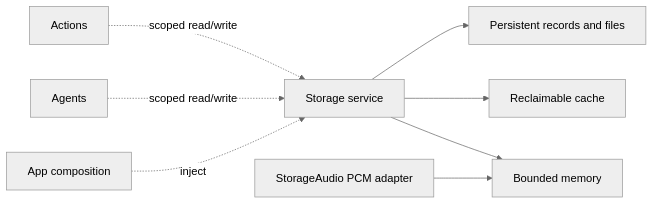
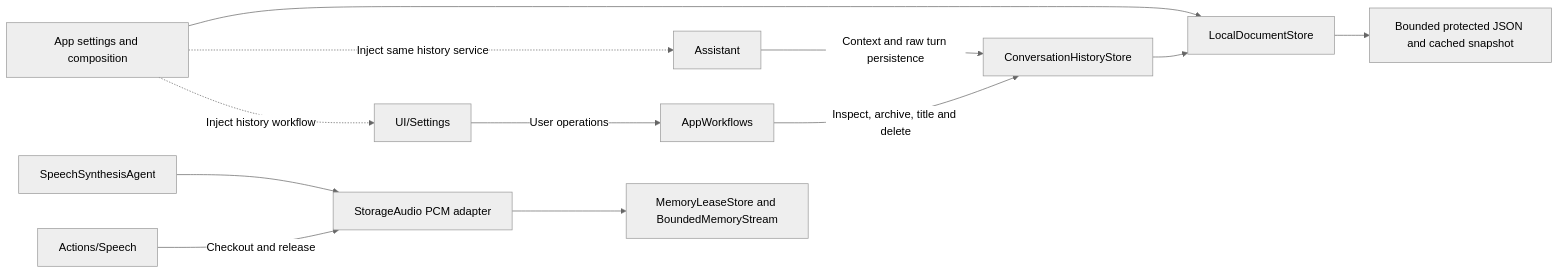
The first of 3 diagrams in MobileHarness/Storage/README.md (devilyouwei/MobileHarness), drawn with Mermaid (neutral theme) before and after one commit. The commit also changed other lines of this file and 131 other files, not shown here.

Commit message:
Define Action contracts and separate App UI composition

````diff
--- a/MobileHarness/Storage/README.md
+++ b/MobileHarness/Storage/README.md
@@ -13,10 +17,14 @@
 ```mermaid
 flowchart LR
-    App[App composition] -. inject .-> Storage[Storage service]
-    Agents[Agents] -. scoped read/write .-> Storage
-    Actions[Actions] -. scoped read/write .-> Storage
-    Storage --> Memory[Bounded memory]
-    Storage --> Cache[Reclaimable cache]
-    Storage --> Durable[Persistent records and files]
-    Audio[StorageAudio PCM adapter] --> Memory
+    App[App settings and composition] --> Documents[LocalDocumentStore]
+    App -.->|Inject same history service| Assistant[Assistant]
+    App -.->|Inject history workflow| Views[UI/Settings]
+    Views -->|User operations| Workflow[AppWorkflows]
+    Assistant -->|Context and raw turn persistence| History[ConversationHistoryStore]
+    Workflow -->|Inspect, archive, title and delete| History
+    History --> Documents
+    Documents --> Disk[Bounded protected JSON and cached snapshot]
+    Synth[SpeechSynthesisAgent] --> Audio[StorageAudio PCM adapter]
+    Playback[Actions/Speech] -->|Checkout and release| Audio
+    Audio --> Memory[MemoryLeaseStore and BoundedMemoryStream]
 ```
````
